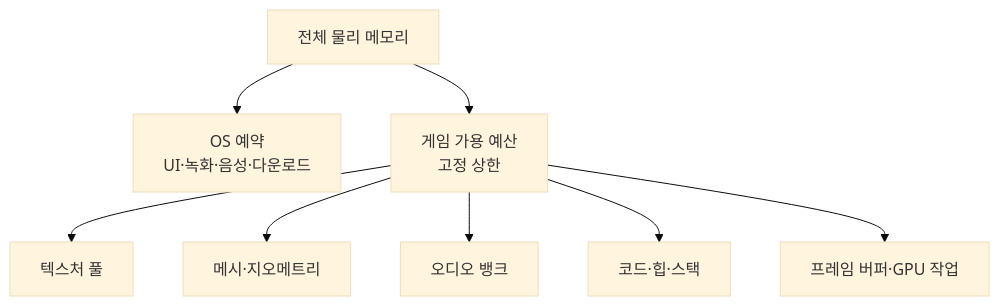
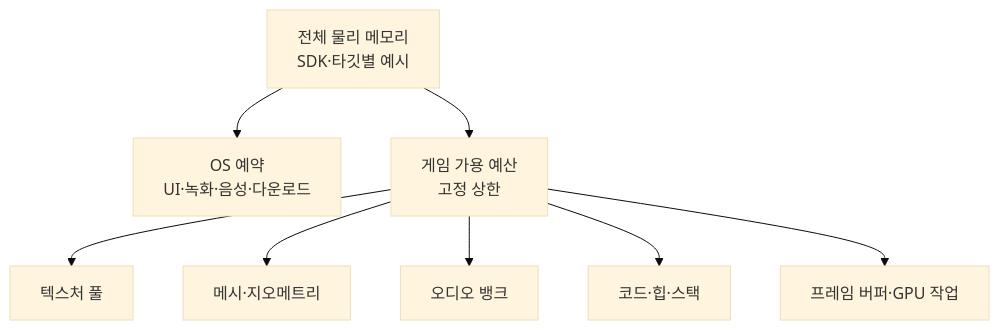
The second of 4 diagrams in platform/part02_console.md (Rein-ArXiv/game-dev-curriculum), drawn with Mermaid (base theme) before and after one commit. The commit also changed other lines of this file and 279 other files, not shown here.

````diff
--- a/platform/part02_console.md
+++ b/platform/part02_console.md
@@ -95,10 +99,10 @@
 ```mermaid
 flowchart TB
-    Total[전체 물리 메모리] --> OS[OS 예약<br/>UI·녹화·음성·다운로드]
+    Total[전체 물리 메모리<br/>SDK·타깃별 예시] --> OS[OS 예약<br/>UI·녹화·음성·다운로드]
     Total --> Game[게임 가용 예산<br/>고정 상한]
     Game --> Tex[텍스처 풀]
     Game --> Mesh[메시·지오메트리]
     Game --> Audio[오디오 뱅크]
     Game --> Code[코드·힙·스택]
     Game --> Frame[프레임 버퍼·GPU 작업]
 ```
````
